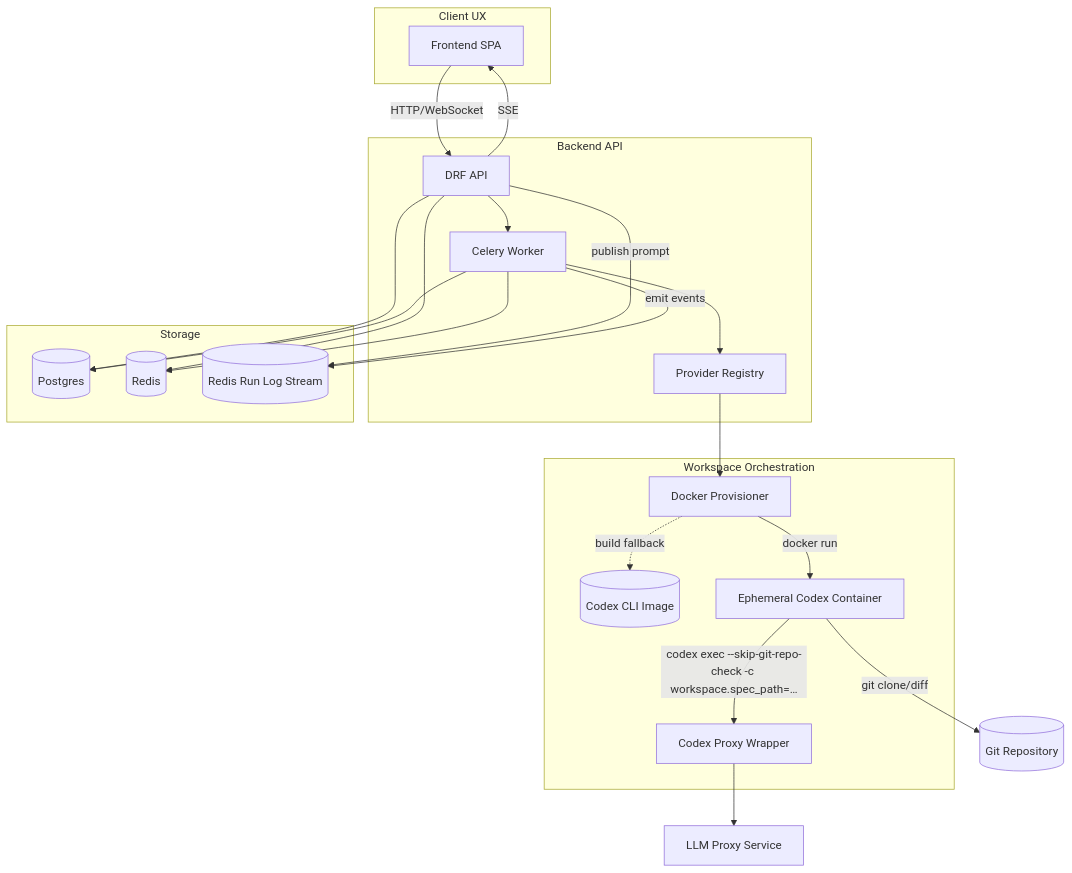
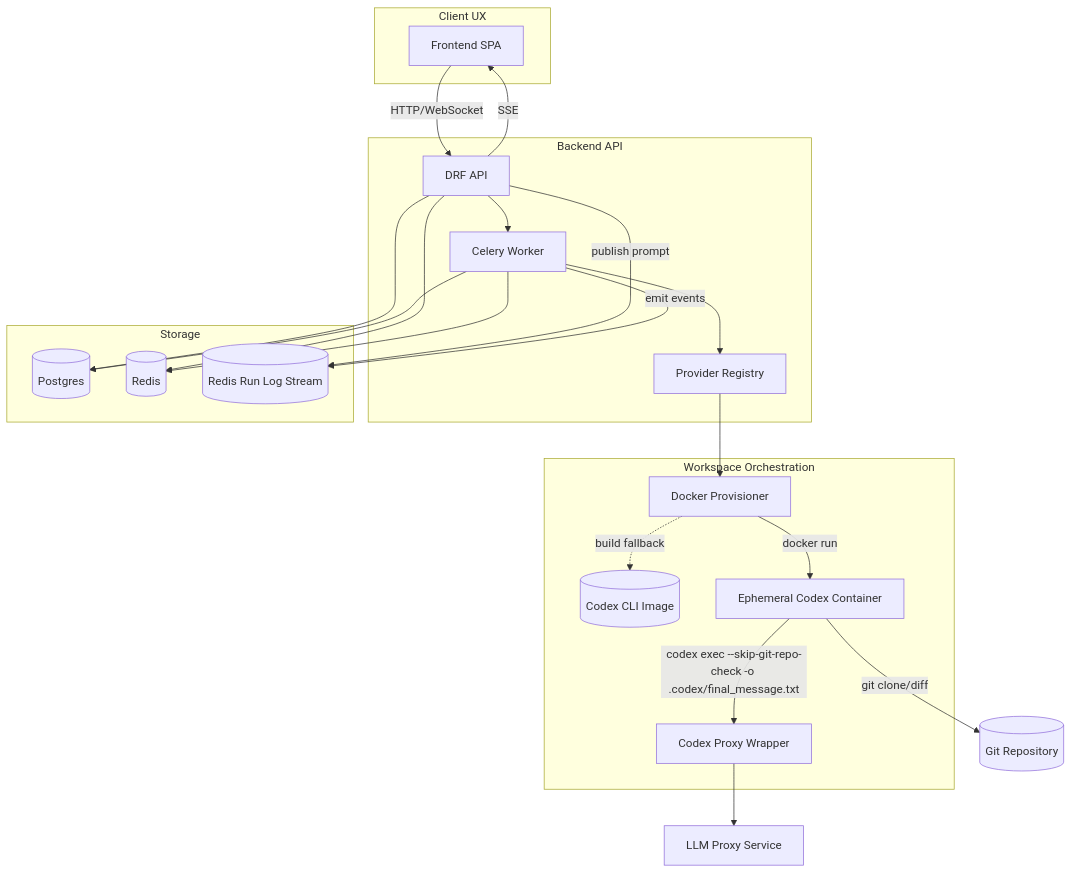
The diagram in docs/architecture.md (jeremyjouvancedev/AstraForge), drawn with Mermaid before and after one commit. The commit also changed other lines of this file and 7 other files, not shown here.

````diff
--- a/docs/architecture.md
+++ b/docs/architecture.md
@@ -5,40 +5,40 @@
 ```mermaid
 graph TD
     subgraph Client UX
         FE[Frontend SPA]
     end
     subgraph Backend API
         API[DRF API]
         Worker[Celery Worker]
         Registry[Provider Registry]
     end
     subgraph Storage
         PG[(Postgres)]
         Redis[(Redis)]
         RunLog[(Redis Run Log Stream)]
     end
     subgraph Workspace Orchestration
         Provisioner[Docker Provisioner]
         CLIImage[(Codex CLI Image)]
         Workspace[Ephemeral Codex Container]
         Proxy[Codex Proxy Wrapper]
     end
     LLMProxy[LLM Proxy Service]
 
     FE -->|HTTP/WebSocket| API
     API -->|SSE| FE
     API --> PG
     API --> Redis
     Worker --> PG
     Worker --> Redis
     API --> Worker
     Worker --> Registry
     API -->|publish prompt| RunLog
     Worker -->|emit events| RunLog
     Registry --> Provisioner
     Provisioner -->|docker run| Workspace
     Provisioner -. build fallback .-> CLIImage
-    Workspace -->|codex exec --skip-git-repo-check -c workspace.spec_path=…| Proxy
+    Workspace -->|codex exec --skip-git-repo-check -o .codex/final_message.txt| Proxy
     Proxy --> LLMProxy
     Workspace -->|git clone/diff| Repo[(Git Repository)]
 ```
````
